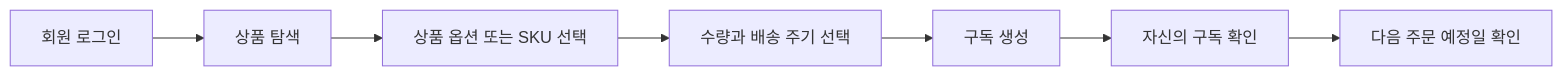
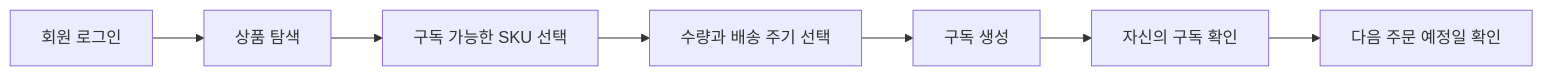
One commit to guseoh/pawcycle-commerce changed the second of 2 diagrams in docs/product/diagrams/PS-001-first-mvp-flow.md. Above: the diagram before and after it, drawn with Mermaid. The commit also changed other lines of this file and 2 other files, not shown here.

````diff
--- a/docs/product/diagrams/PS-001-first-mvp-flow.md
+++ b/docs/product/diagrams/PS-001-first-mvp-flow.md
@@ -26,12 +28,12 @@
 ```mermaid
 flowchart LR
     A[회원 로그인]
     B[상품 탐색]
-    C[상품 옵션 또는 SKU 선택]
+    C[구독 가능한 SKU 선택]
     D[수량과 배송 주기 선택]
     E[구독 생성]
     F[자신의 구독 확인]
     G[다음 주문 예정일 확인]
 
     A --> B --> C --> D --> E --> F --> G
 ```
````
